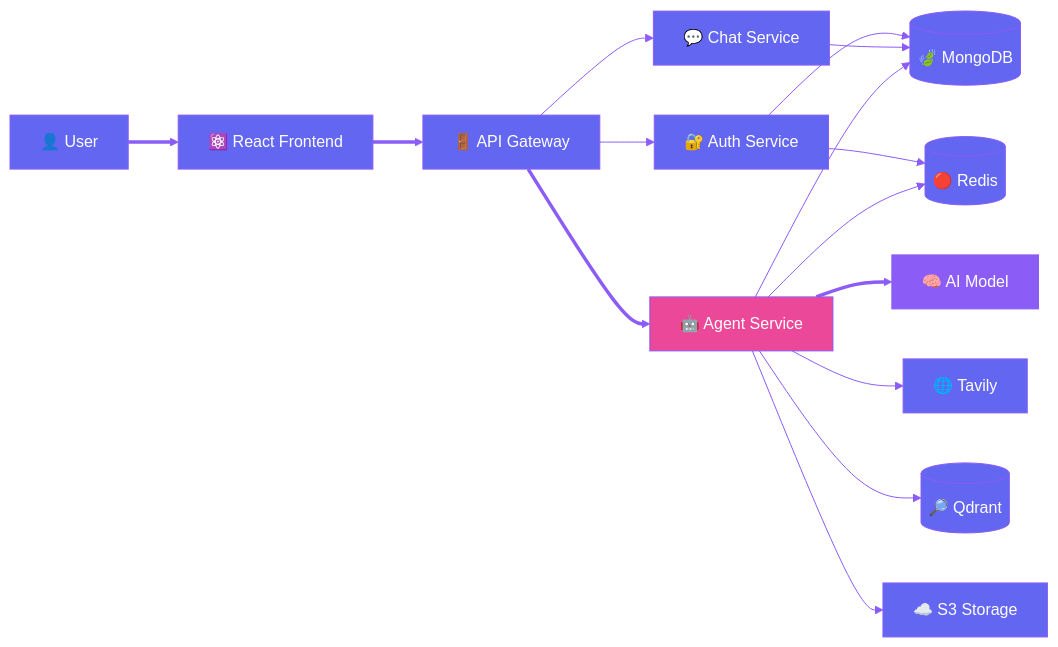
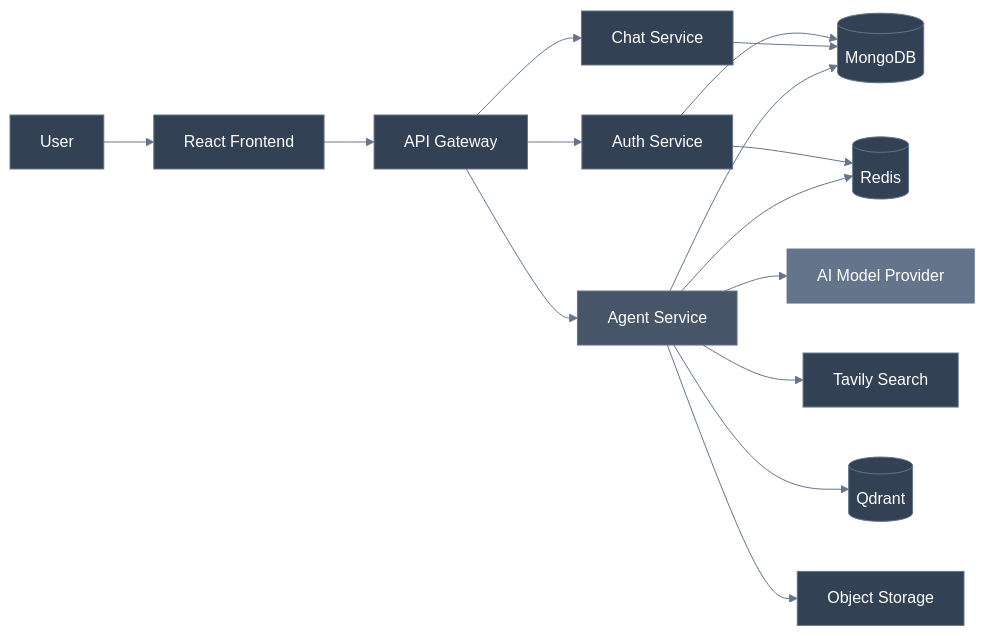
The first of 4 diagrams in README.md (LK-Prajapati07/Multi-AI-Agent-System), drawn with Mermaid before and after one commit. The commit also changed other lines of this file, not shown here.

````diff
--- a/README.md
+++ b/README.md
@@ -56,25 +48,25 @@
 ```mermaid
-%%{init: {'theme':'base', 'themeVariables': {'primaryColor':'#6366F1','primaryTextColor':'#fff','primaryBorderColor':'#8B5CF6','lineColor':'#8B5CF6','secondaryColor':'#EC4899','tertiaryColor':'#1a1a2e'}}}%%
+%%{init: {'theme':'base', 'themeVariables': {'primaryColor':'#334155','primaryTextColor':'#fff','primaryBorderColor':'#64748b','lineColor':'#64748b','secondaryColor':'#1e293b','tertiaryColor':'#0f172a'}}}%%
 flowchart LR
-    U[👤 User] ==> F[⚛️ React Frontend]
-    F ==> G[🚪 API Gateway]
+    U[User] --> F[React Frontend]
+    F --> G[API Gateway]
 
-    G --> A[🔐 Auth Service]
-    G --> C[💬 Chat Service]
-    G ==> AG[🤖 Agent Service]
+    G --> A[Auth Service]
+    G --> C[Chat Service]
+    G --> AG[Agent Service]
 
-    A --> M[(🍃 MongoDB)]
-    A --> R[(🔴 Redis)]
+    A --> M[(MongoDB)]
+    A --> R[(Redis)]
     C --> M
 
     AG --> M
     AG --> R
-    AG ==> AI[🧠 AI Model]
-    AG --> T[🌐 Tavily]
-    AG --> Q[(🔎 Qdrant)]
-    AG --> S[☁️ S3 Storage]
+    AG --> AI[AI Model Provider]
+    AG --> T[Tavily Search]
+    AG --> Q[(Qdrant)]
+    AG --> S[Object Storage]
 
-    style U fill:#6366F1,color:#fff
-    style AG fill:#EC4899,color:#fff
-    style AI fill:#8B5CF6,color:#fff
+    style U fill:#334155,color:#fff
+    style AG fill:#475569,color:#fff
+    style AI fill:#64748b,color:#fff
 ```
````
